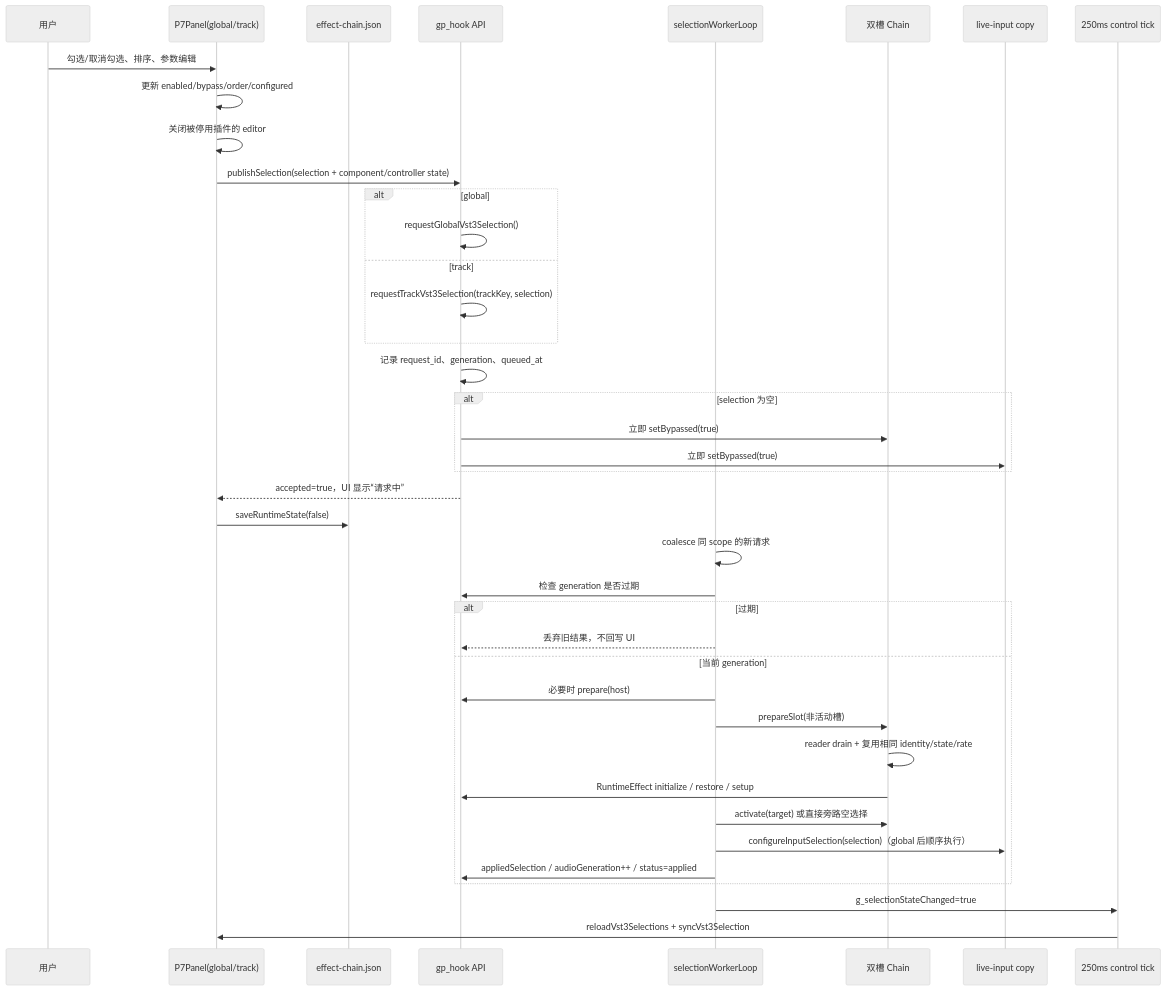
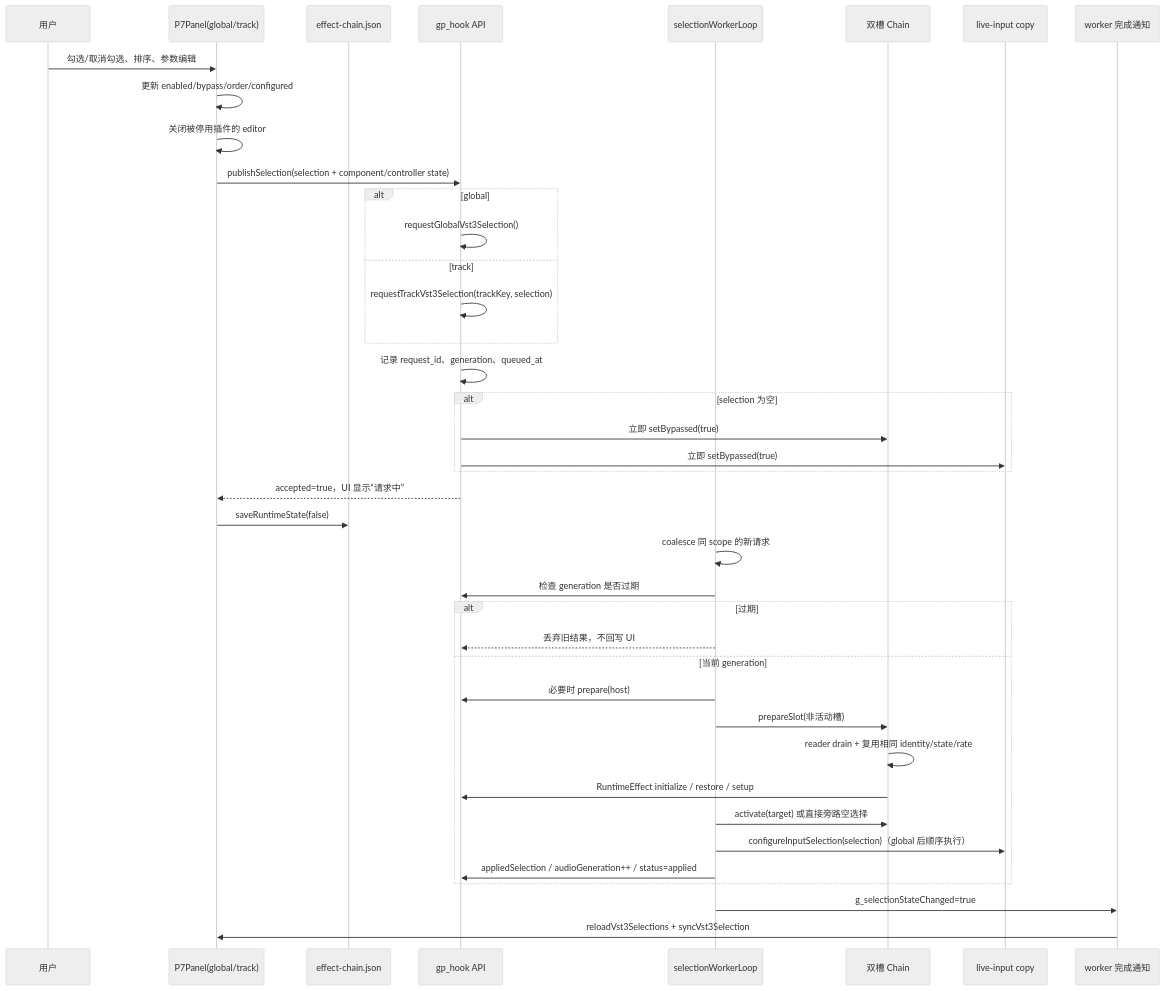
The sixth of 17 diagrams in docs/PLUGIN_RUNTIME_AND_INTERVENTION.md (MUMU-DADA/GuitarProVST3), drawn with Mermaid (neutral theme) before and after one commit. The commit also changed other lines of this file and 22 other files, not shown here.

````diff
--- a/docs/PLUGIN_RUNTIME_AND_INTERVENTION.md
+++ b/docs/PLUGIN_RUNTIME_AND_INTERVENTION.md
@@ -214,43 +214,43 @@
 ```mermaid
 sequenceDiagram
     participant User as 用户
     participant Panel as P7Panel(global/track)
     participant Sidecar as effect-chain.json
     participant Hook as gp_hook API
     participant Worker as selectionWorkerLoop
     participant Chain as 双槽 Chain
     participant Input as live-input copy
-    participant Tick as 250ms control tick
+    participant Tick as worker 完成通知
 
     User->>Panel: 勾选/取消勾选、排序、参数编辑
     Panel->>Panel: 更新 enabled/bypass/order/configured
     Panel->>Panel: 关闭被停用插件的 editor
     Panel->>Hook: publishSelection(selection + component/controller state)
     alt global
         Hook->>Hook: requestGlobalVst3Selection()
     else track
         Hook->>Hook: requestTrackVst3Selection(trackKey, selection)
     end
     Hook->>Hook: 记录 request_id、generation、queued_at
     alt selection 为空
         Hook->>Chain: 立即 setBypassed(true)
         Hook->>Input: 立即 setBypassed(true)
     end
     Hook-->>Panel: accepted=true，UI 显示“请求中”
     Panel->>Sidecar: saveRuntimeState(false)
     Worker->>Worker: coalesce 同 scope 的新请求
     Worker->>Hook: 检查 generation 是否过期
     alt 过期
         Worker-->>Hook: 丢弃旧结果，不回写 UI
     else 当前 generation
         Worker->>Hook: 必要时 prepare(host)
         Worker->>Chain: prepareSlot(非活动槽)
         Chain->>Chain: reader drain + 复用相同 identity/state/rate
         Chain->>Hook: RuntimeEffect initialize / restore / setup
         Worker->>Chain: activate(target) 或直接旁路空选择
         Worker->>Input: configureInputSelection(selection)（global 后顺序执行）
         Worker->>Hook: appliedSelection / audioGeneration++ / status=applied
     end
     Worker->>Tick: g_selectionStateChanged=true
     Tick->>Panel: reloadVst3Selections + syncVst3Selection
 ```
````
